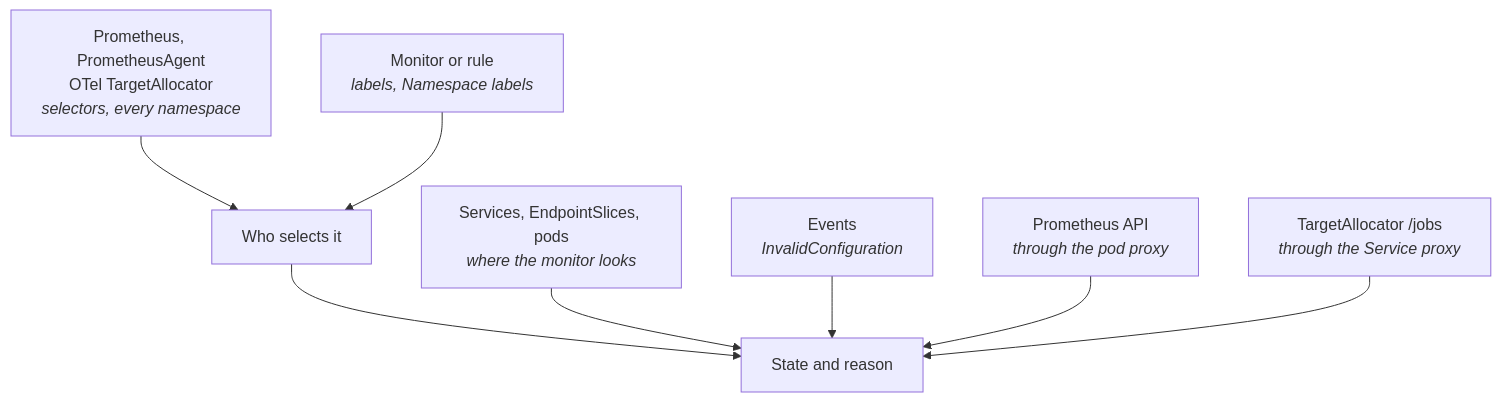
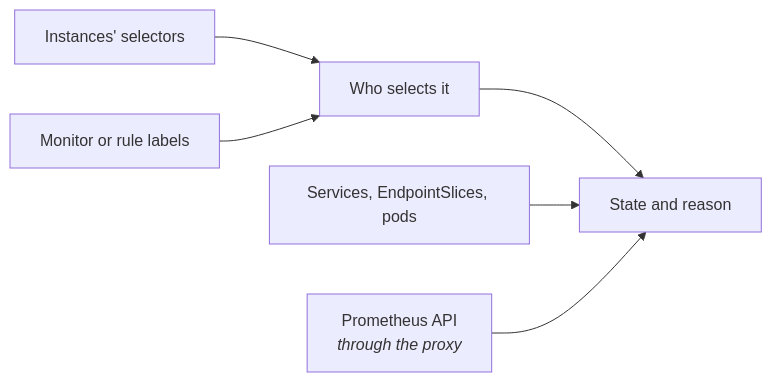
One commit to DiegoBulhoes/freelens-addons changed the second of 2 diagrams in docs/prometheus.md. Above: the diagram before and after it, drawn with Mermaid. The commit also changed other lines of this file and 9 other files, not shown here.

````diff
--- a/docs/prometheus.md
+++ b/docs/prometheus.md
@@ -56,16 +41,8 @@
 ```mermaid
-flowchart TD
-  S["Prometheus, PrometheusAgent<br/>OTel TargetAllocator<br/><i>selectors, every namespace</i>"]
-  O["Monitor or rule<br/><i>labels, Namespace labels</i>"]
-  K["Services, EndpointSlices, pods<br/><i>where the monitor looks</i>"]
-  E["Events<br/><i>InvalidConfiguration</i>"]
-  A["Prometheus API<br/><i>through the pod proxy</i>"]
-  J["TargetAllocator /jobs<br/><i>through the Service proxy</i>"]
-  S --> W["Who selects it"]
-  O --> W
+flowchart LR
+  S["Instances' selectors"] --> W["Who selects it"]
+  O["Monitor or rule labels"] --> W
   W --> V["State and reason"]
-  K --> V
-  E --> V
-  A --> V
-  J --> V
+  K["Services, EndpointSlices, pods"] --> V
+  A["Prometheus API<br/><i>through the proxy</i>"] --> V
 ```
````
